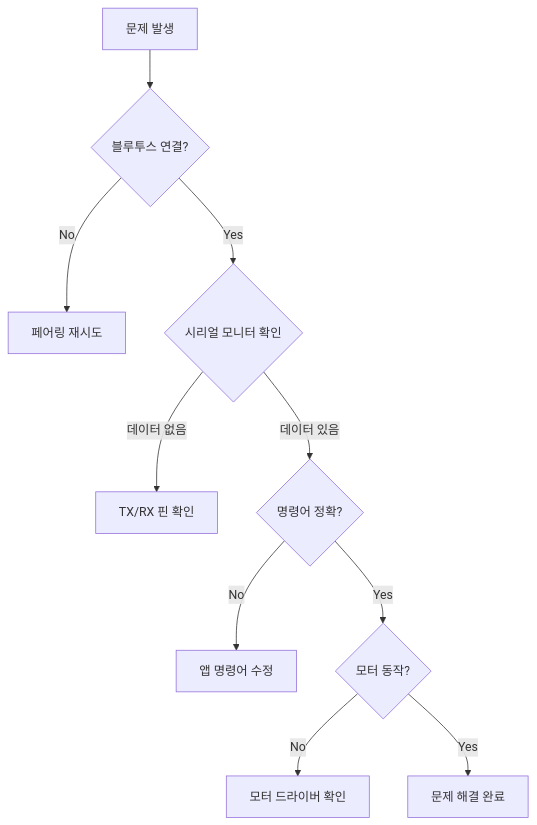
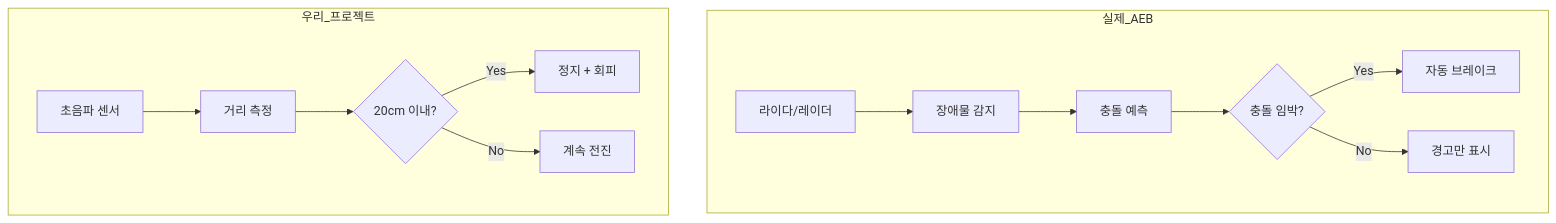
The ninth of 17 diagrams in document/curriculum_autoplot_2day.md (Collegenie-X/Arduino_AutoPlot), drawn with Mermaid before and after one commit. The commit also changed other lines of this file and 3 other files, not shown here.

````diff
--- a/document/curriculum_autoplot_2day.md
+++ b/document/curriculum_autoplot_2day.md
@@ -209,12 +492,17 @@
 ```mermaid
-flowchart TD
-    A[문제 발생] --> B{블루투스 연결?}
-    B -->|No| C[페어링 재시도]
-    B -->|Yes| D{시리얼 모니터 확인}
-    D -->|데이터 없음| E[TX/RX 핀 확인]
-    D -->|데이터 있음| F{명령어 정확?}
-    F -->|No| G[앱 명령어 수정]
-    F -->|Yes| H{모터 동작?}
-    H -->|No| I[모터 드라이버 확인]
-    H -->|Yes| J[문제 해결 완료]
+flowchart TB
+    subgraph 실제_AEB
+        A[라이다/레이더] --> B[장애물 감지]
+        B --> C[충돌 예측]
+        C --> D{충돌 임박?}
+        D -->|Yes| E[자동 브레이크]
+        D -->|No| F[경고만 표시]
+    end
+    
+    subgraph 우리_프로젝트
+        G[초음파 센서] --> H[거리 측정]
+        H --> I{20cm 이내?}
+        I -->|Yes| J[정지 + 회피]
+        I -->|No| K[계속 전진]
+    end
 ```
````
